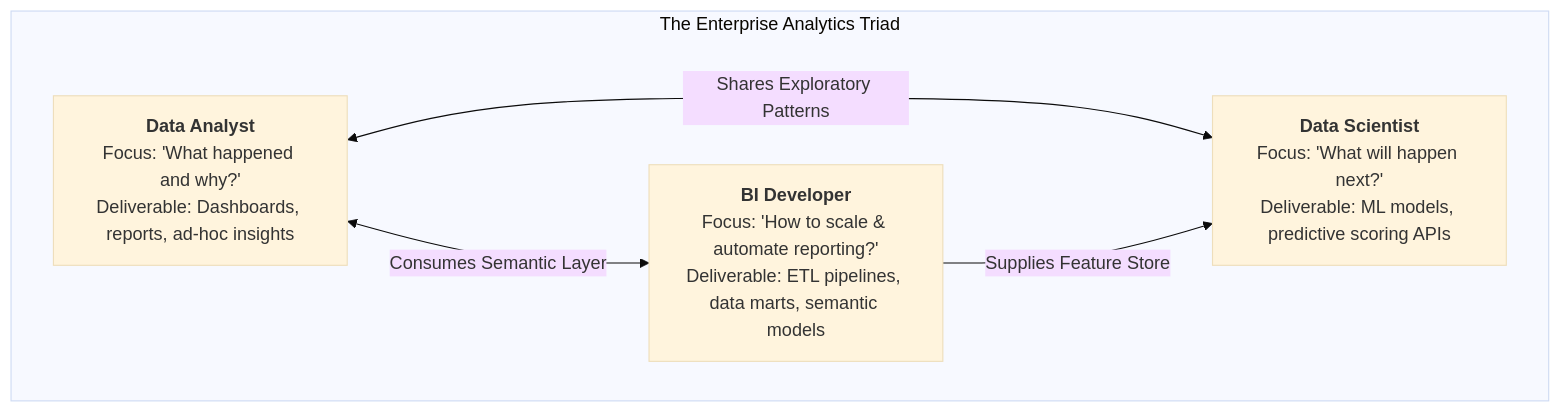
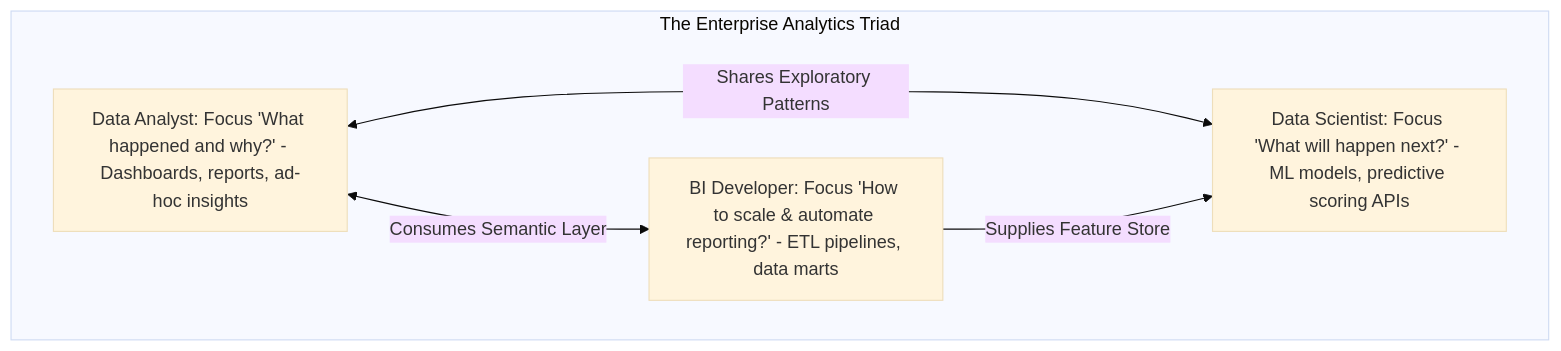
Before and after one commit to DeepLumiere/DeepSkills: the seventh of 7 diagrams in notes/data_analysis/Chapter7_Introduction_to_Business_Data.md, drawn with Mermaid (base theme). The commit also changed other lines of this file and 56 other files, not shown here.

````diff
--- a/notes/data_analysis/Chapter7_Introduction_to_Business_Data.md
+++ b/notes/data_analysis/Chapter7_Introduction_to_Business_Data.md
@@ -250,11 +250,11 @@
 ```mermaid
 flowchart TD
     subgraph AnalyticsTriad["The Enterprise Analytics Triad"]
-        DA["<b>Data Analyst</b><br/>Focus: 'What happened and why?'<br/>Deliverable: Dashboards, reports, ad-hoc insights"]
-        BI["<b>BI Developer</b><br/>Focus: 'How to scale & automate reporting?'<br/>Deliverable: ETL pipelines, data marts, semantic models"]
-        DS["<b>Data Scientist</b><br/>Focus: 'What will happen next?'<br/>Deliverable: ML models, predictive scoring APIs"]
+        DA["Data Analyst: Focus 'What happened and why?' - Dashboards, reports, ad-hoc insights"]
+        BI["BI Developer: Focus 'How to scale & automate reporting?' - ETL pipelines, data marts"]
+        DS["Data Scientist: Focus 'What will happen next?' - ML models, predictive scoring APIs"]
     end
     DA <-->|Consumes Semantic Layer| BI
     DA <-->|Shares Exploratory Patterns| DS
     BI -->|Supplies Feature Store| DS
 ```
````
